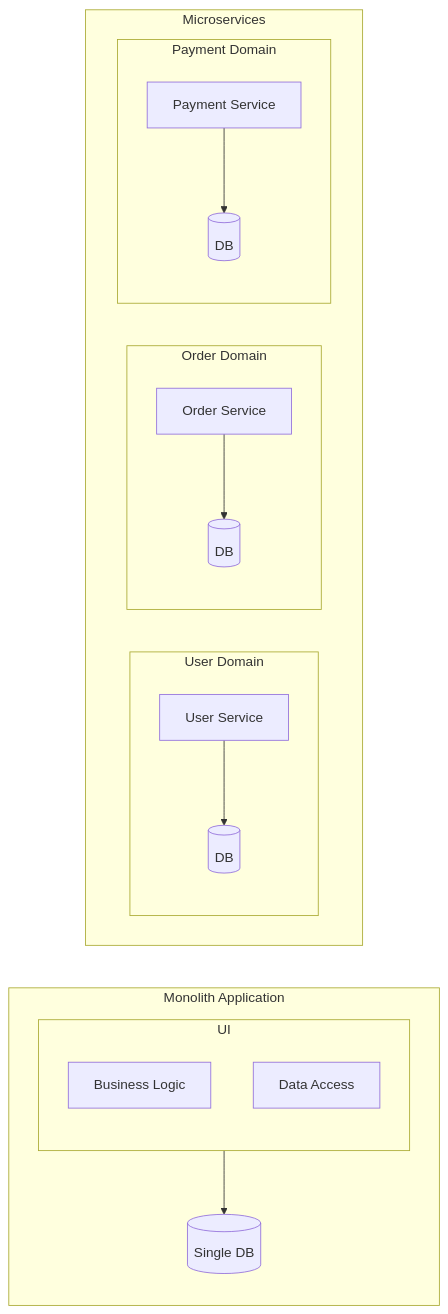
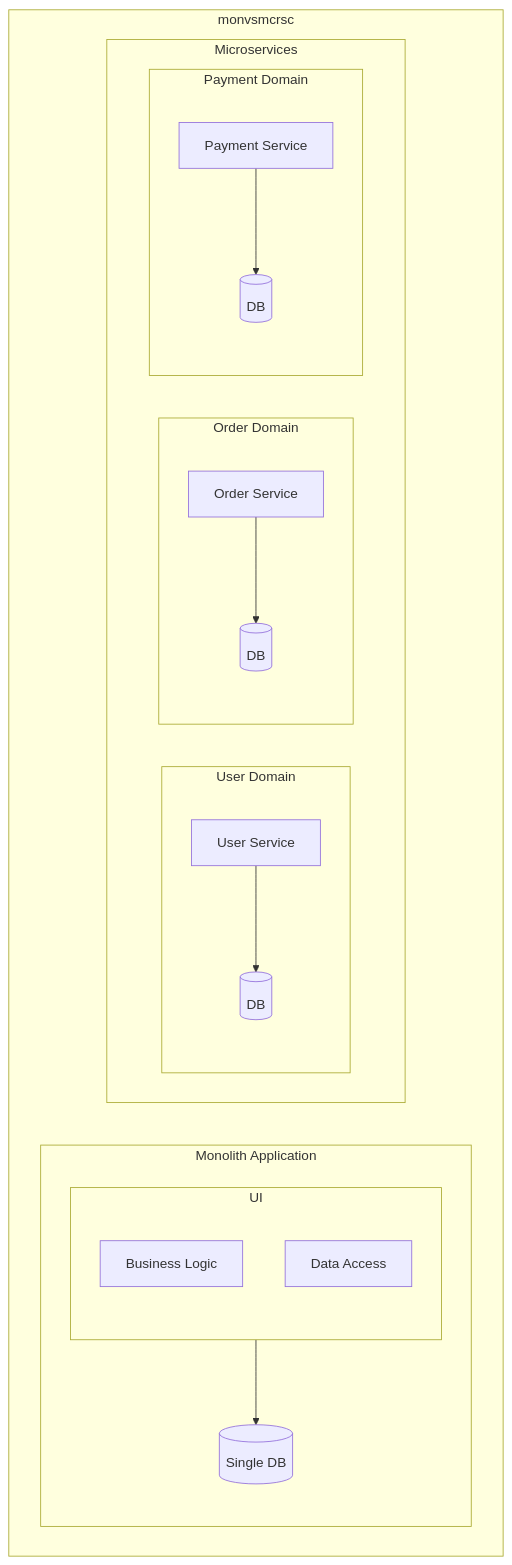
Before and after one commit to apirusov/OneYearChallenge_projects: the second of 2 diagrams in WIKI/Microservices/Basic_concepts.MD, drawn with Mermaid.

Commit message:
Wiki work

````diff
--- a/WIKI/Microservices/Basic_concepts.MD
+++ b/WIKI/Microservices/Basic_concepts.MD
@@ -40,32 +40,35 @@
 ```mermaid
 graph LR
+subgraph monvsmcrsc
+direction LR
     subgraph Monolith[Monolith Application]
         direction TD
         subgraph ui[UI]
         direction TD
             businessLogic[Business Logic]
             dataAccess[Data Access]
         end
         
         ui --> singleDb[(Single DB)]
     end
 
     subgraph microservices[Microservices]
         direction LR
         
         subgraph user[User Domain]
             direction TD
             userSvc[User Service] --> userDb[(DB)]
         end
 
         subgraph order[Order Domain]
             direction TD
             orderSvc[Order Service] --> orderDb[(DB)]
         end
 
         subgraph payment[Payment Domain]
             direction TD
             paymentSvc[Payment Service] --> paymentDb[(DB)]
         end
     end 
+end
 ```
````
